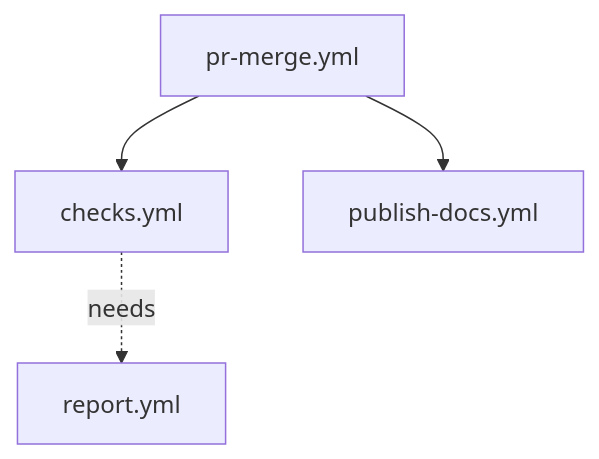
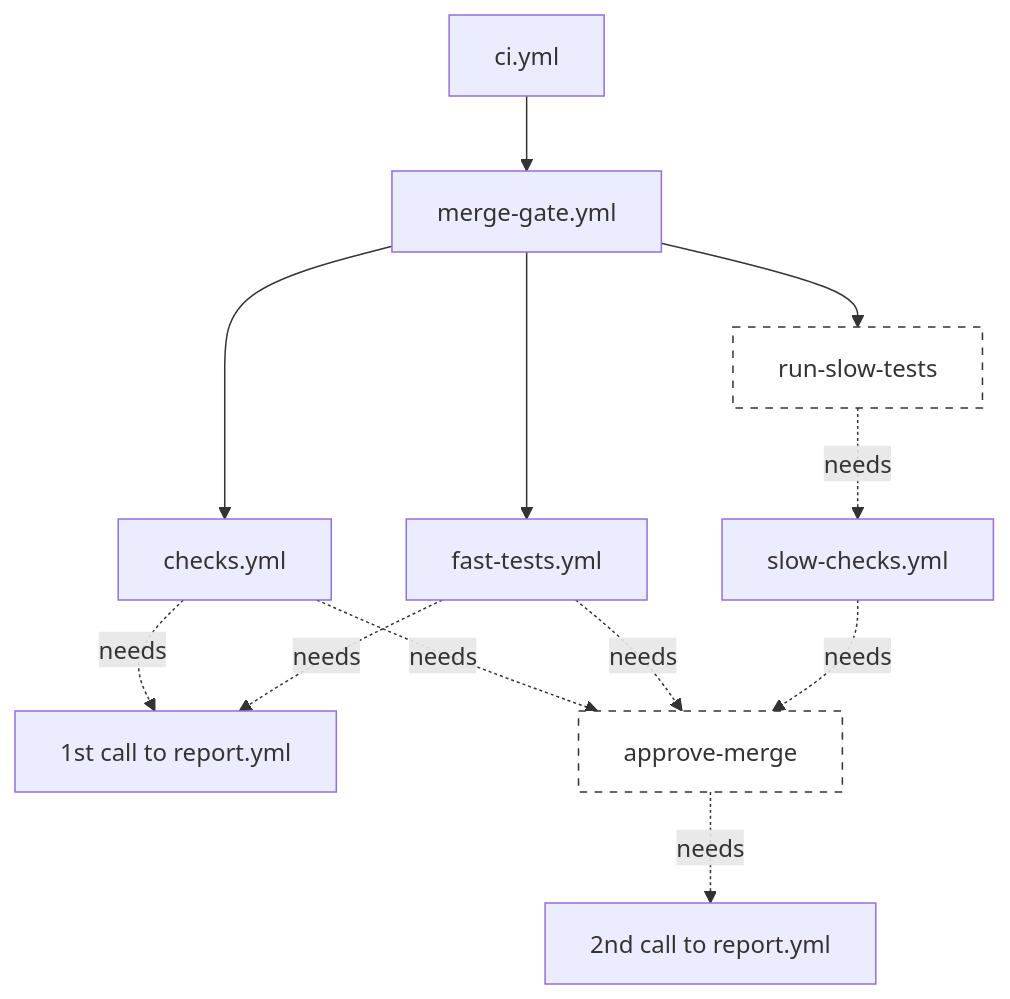
One commit to exasol/python-toolbox changed the third of 4 diagrams in doc/user_guide/features/github_workflows/index.rst. Above: the diagram before and after it, drawn with Mermaid. The commit also changed other lines of this file and 24 other files, not shown here.

```diff
--- a/doc/user_guide/features/github_workflows/index.rst
+++ b/doc/user_guide/features/github_workflows/index.rst
@@ -163,10 +217,33 @@
 .. mermaid::
-   :name: merge-diagram
 
     graph TD
-        %% Workflow Triggers (Solid Lines)
-        pr-merge[pr-merge.yml] --> checks[checks.yml]
-        pr-merge --> publish-docs[publish-docs.yml]
+        %% Define Nodes
+        checks[checks.yml]
+        ci_job[ci.yml]
+        fast-report[1st call to report.yml]
+        fast-tests[fast-tests.yml]
+        gate[merge-gate.yml]
+        slow_run[run-slow-tests]
+        slow_checks[slow-checks.yml]
+        report[2nd call to report.yml]
 
-        %% Dependencies / Waiting (Dotted Lines)
-        checks -.->|needs| report[report.yml]
+        approver[approve-merge]
+
+        %% Workflow Triggers
+        ci_job --> gate
+        gate --> checks
+        gate --> fast-tests
+        gate --> slow_run
+        slow_run -.->|needs| slow_checks
+
+        %% Dependencies
+        checks -.->|needs| approver
+        checks -.->|needs| fast-report
+        fast-tests -.->|needs| fast-report
+        fast-tests -.->|needs| approver
+        slow_checks -.->|needs| approver
+        approver -.->|needs| report
+
+        %% Styling
+        style approver fill:#fff,stroke:#333,stroke-dasharray: 5 5
+        style slow_run fill:#fff,stroke:#333,stroke-dasharray: 5 5
```
